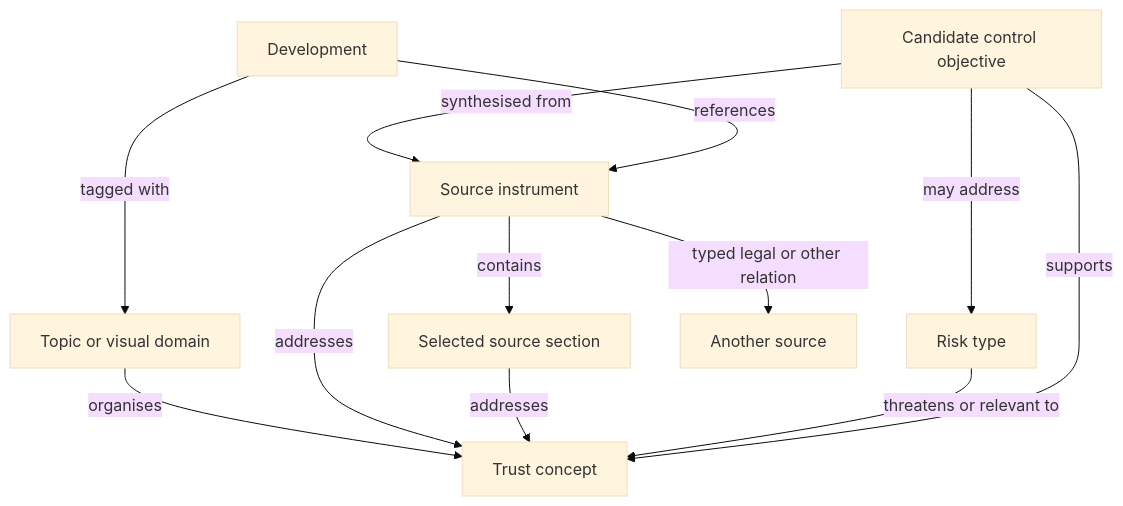
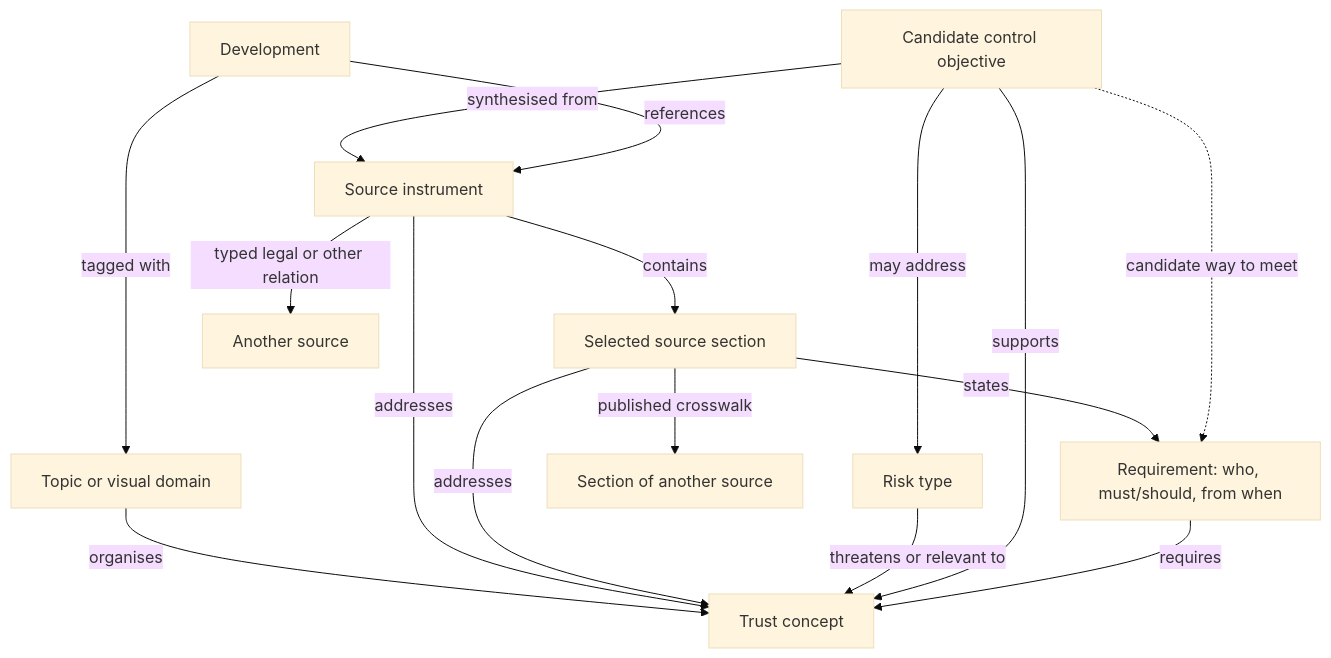
One commit to 9to5ai/ai-trust-atlas changed the second of 7 diagrams in README.md. Above: the diagram before and after it, drawn with Mermaid (base theme). The commit also changed other lines of this file and 39 other files, not shown here.

First line of the commit message:
Add requirements, published crosswalk, deeper sections, new content and an assurance audience

````diff
--- a/README.md
+++ b/README.md
@@ -106,14 +107,18 @@
 ```mermaid
 flowchart TD
   Topic[Topic or visual domain] -->|organises| Concept[Trust concept]
   Source[Source instrument] -->|contains| Section[Selected source section]
   Source -->|addresses| Concept
   Section -->|addresses| Concept
   Risk[Risk type] -->|threatens or relevant to| Concept
   Control[Candidate control objective] -->|supports| Concept
   Control -->|may address| Risk
   Control -->|synthesised from| Source
+  Section -->|states| Requirement[Requirement: who, must/should, from when]
+  Requirement -->|requires| Concept
+  Control -.->|candidate way to meet| Requirement
+  Section -->|published crosswalk| OtherSection[Section of another source]
   Source -->|typed legal or other relation| Other[Another source]
   Event[Development] -->|references| Source
   Event -->|tagged with| Topic
 ```
````
